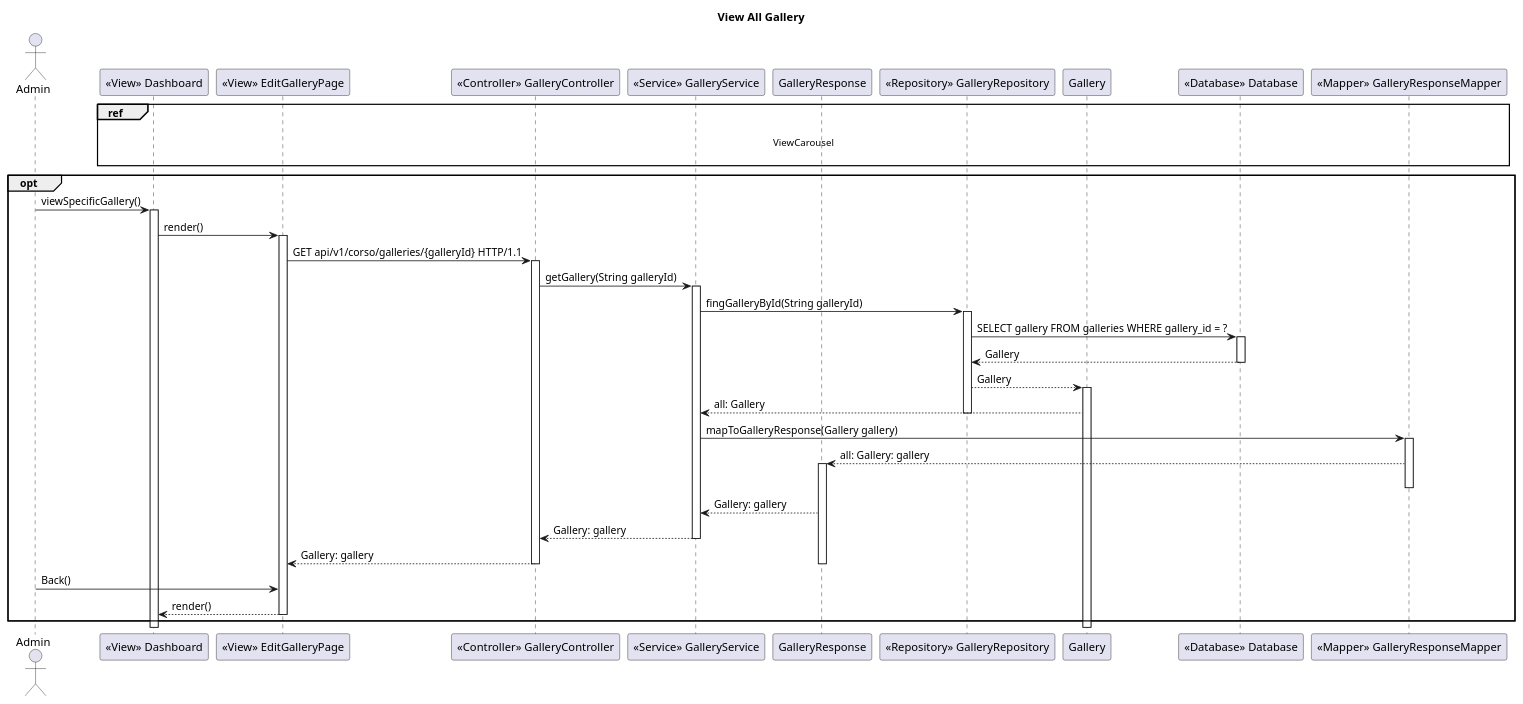
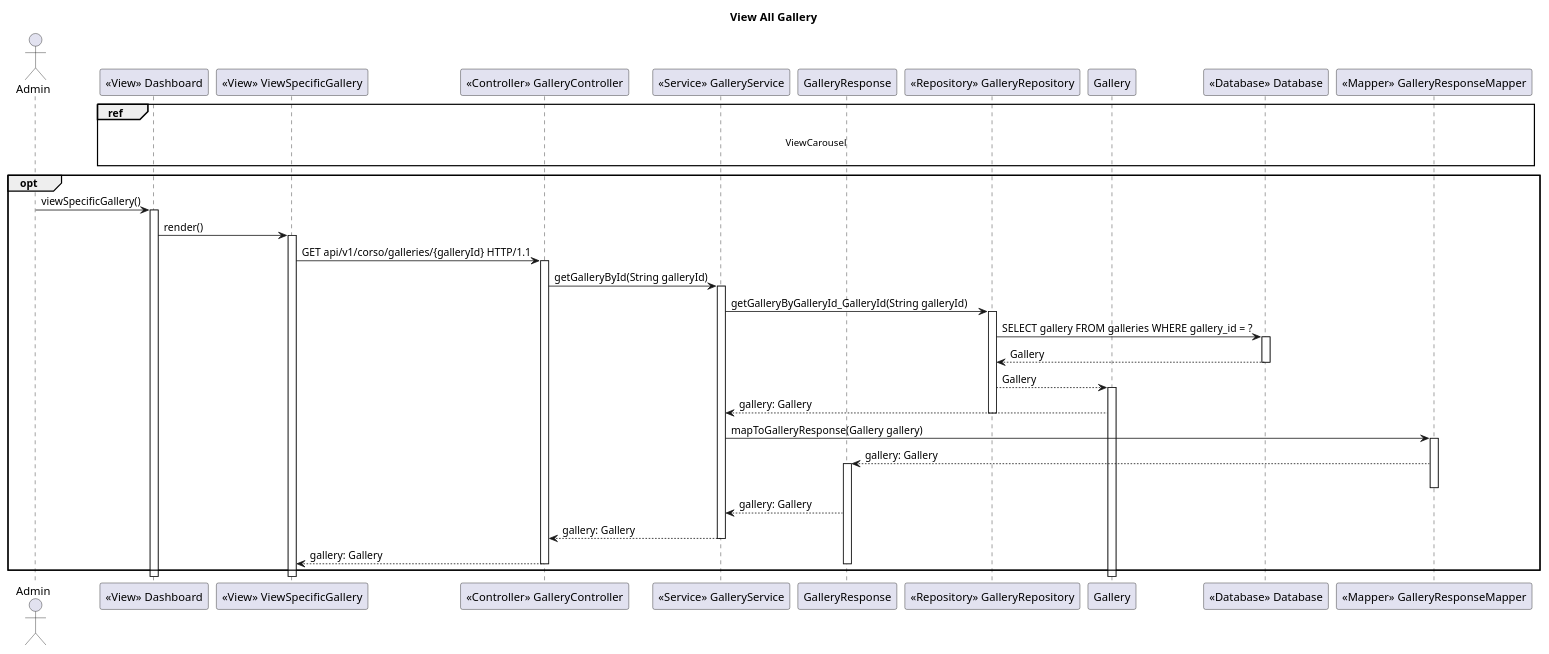
Before and after one commit to DylanBrass/Corso-Website: the diagram in Diagrams/LLSD/Galleries/view_specific_gallery_llsd.puml, drawn with PlantUML. The commit also changed 22 other files, not shown here.

```diff
--- a/Diagrams/LLSD/Galleries/view_specific_gallery_llsd.puml
+++ b/Diagrams/LLSD/Galleries/view_specific_gallery_llsd.puml
@@ -1,86 +1,83 @@
 @startuml
 title View All Gallery
 
 actor Admin
 
 participant Dashboard as "<<View>> Dashboard"
 
-participant EditGalleryPage as "<<View>> EditGalleryPage"
+participant EditGalleryPage as "<<View>> ViewSpecificGallery"
 
 participant GalleryController as "<<Controller>> GalleryController"
 
 participant GalleryService as "<<Service>> GalleryService"
 
 participant GalleryResponse as "GalleryResponse"
 
 participant GalleryRepository as "<<Repository>> GalleryRepository"
 
 participant Gallery as "Gallery"
 
 participant Database as "<<Database>> Database"
 
 participant GalleryResponseMapper as "<<Mapper>> GalleryResponseMapper"
 
 ref over Dashboard, EditGalleryPage, GalleryController, GalleryService, GalleryResponse, GalleryRepository, Gallery, Database, GalleryResponseMapper
 
     ViewCarousel
 
 end
 
 opt
 Admin -> Dashboard: viewSpecificGallery()
 activate Dashboard
 Dashboard -> EditGalleryPage: render()
 activate EditGalleryPage
 
 EditGalleryPage -> GalleryController: GET api/v1/corso/galleries/{galleryId} HTTP/1.1
 activate GalleryController
-GalleryController -> GalleryService: getGallery(String galleryId)
+GalleryController -> GalleryService: getGalleryById(String galleryId)
 
 activate GalleryService
 
-GalleryService -> GalleryRepository: fingGalleryById(String galleryId)
+GalleryService -> GalleryRepository: getGalleryByGalleryId_GalleryId(String galleryId)
 
 activate GalleryRepository
 
 GalleryRepository -> Database: SELECT gallery FROM galleries WHERE gallery_id = ?
 
 activate Database
 
 Database --> GalleryRepository: Gallery
 
 deactivate Database
 
 GalleryRepository --> Gallery: Gallery
 activate Gallery
-Gallery --> GalleryService: all: Gallery
+Gallery --> GalleryService: gallery: Gallery
 
 deactivate GalleryRepository
 
 GalleryService -> GalleryResponseMapper: mapToGalleryResponse(Gallery gallery)
 
 activate GalleryResponseMapper
 
-GalleryResponseMapper --> GalleryResponse: all: Gallery: gallery
+GalleryResponseMapper --> GalleryResponse: gallery: Gallery
 
 activate GalleryResponse
 
 deactivate GalleryResponseMapper
 
-GalleryResponse --> GalleryService: Gallery: gallery
+GalleryResponse --> GalleryService: gallery: Gallery
 
-GalleryService --> GalleryController: Gallery: gallery
+GalleryService --> GalleryController: gallery: Gallery
 
 deactivate GalleryService
 
-GalleryController --> EditGalleryPage: Gallery: gallery
+GalleryController --> EditGalleryPage: gallery: Gallery
 
 deactivate GalleryResponse
 deactivate GalleryController
 
-Admin -> EditGalleryPage: Back()
 
-EditGalleryPage --> Dashboard: render()
-deactivate EditGalleryPage
 end opt
 @enduml
```
